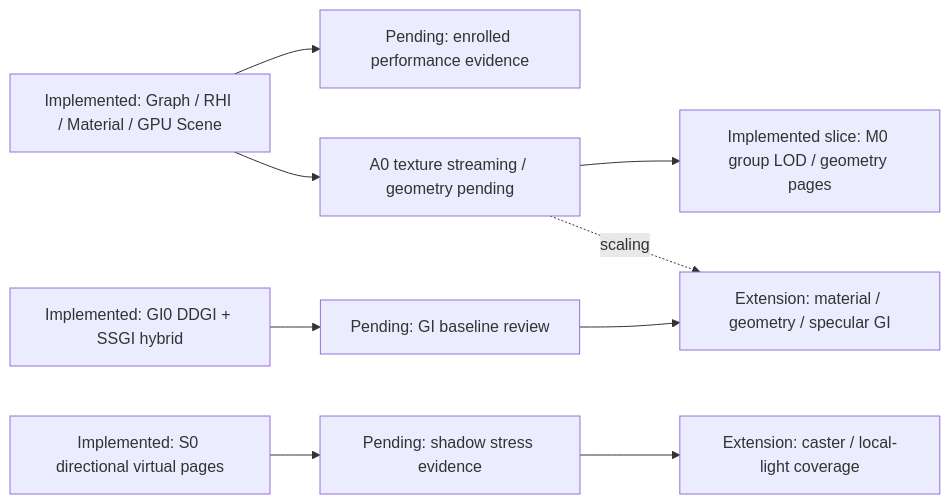
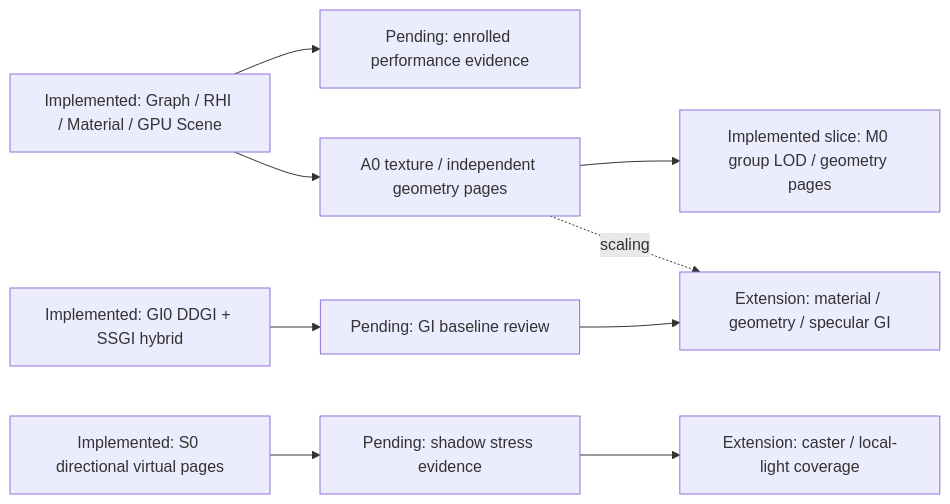
One commit to hiloteam/Hilo3d changed the diagram in documentation/MODERN_WEBGPU_RENDERING_ROADMAP.md. Above: the diagram before and after it, drawn with Mermaid. The commit also changed other lines of this file and 30 other files, not shown here.

````diff
--- a/documentation/MODERN_WEBGPU_RENDERING_ROADMAP.md
+++ b/documentation/MODERN_WEBGPU_RENDERING_ROADMAP.md
@@ -38,11 +44,11 @@
 ```mermaid
 flowchart LR
   CORE["Implemented: Graph / RHI / Material / GPU Scene"] --> PERF["Pending: enrolled performance evidence"]
-  CORE --> A["A0 texture streaming / geometry pending"]
+  CORE --> A["A0 texture / independent geometry pages"]
   A --> M["Implemented slice: M0 group LOD / geometry pages"]
   S["Implemented: S0 directional virtual pages"] --> SP["Pending: shadow stress evidence"]
   GI["Implemented: GI0 DDGI + SSGI hybrid"] --> GP["Pending: GI baseline review"]
   SP --> SX["Extension: caster / local-light coverage"]
   GP --> GX["Extension: material / geometry / specular GI"]
   A -. scaling .-> GX
 ```
````
